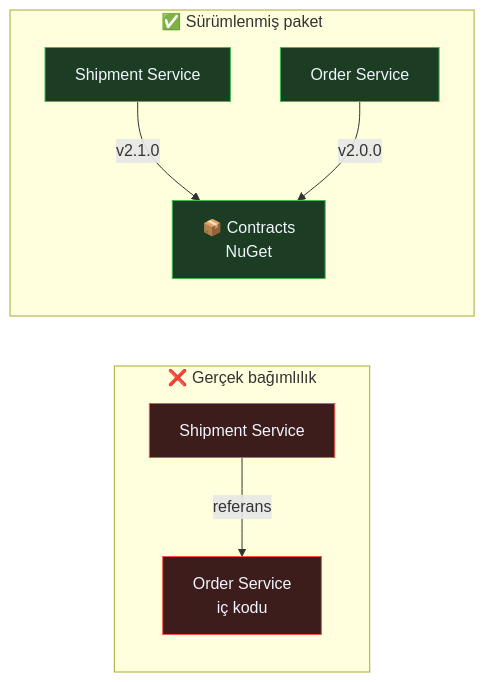
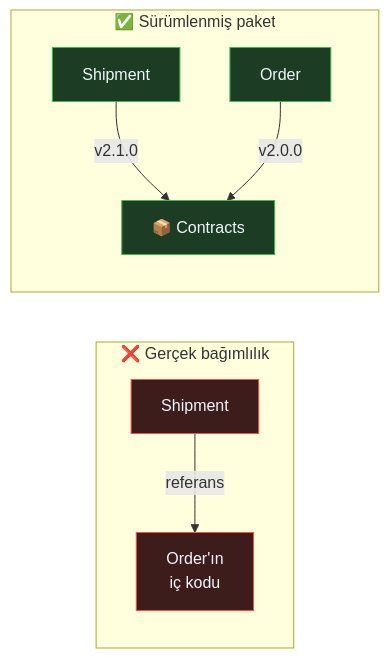
The fourth of 7 diagrams in README.md (erenctns/Logistic-Microservice_Mvp), drawn with Mermaid before and after one commit. The commit also changed other lines of this file, not shown here.

````diff
--- a/README.md
+++ b/README.md
@@ -297,18 +190,15 @@
 ```mermaid
 flowchart LR
     subgraph BAD["❌ Gerçek bağımlılık"]
-        direction TB
-        S1["Shipment Service"] -->|"referans"| O1["Order Service<br/>iç kodu"]
+        S1["Shipment"] -->|"referans"| O1["Order'ın<br/>iç kodu"]
     end
-
     subgraph GOOD["✅ Sürümlenmiş paket"]
-        direction TB
-        S2["Shipment Service"] -->|"v2.1.0"| P["📦 Contracts<br/>NuGet"]
-        O2["Order Service"] -->|"v2.0.0"| P
+        S2["Shipment"] -->|"v2.1.0"| P["📦 Contracts"]
+        O2["Order"] -->|"v2.0.0"| P
     end
 
     classDef bad fill:#3d1c1c,stroke:#f85149,color:#f0f6fc
     classDef good fill:#1c3d24,stroke:#3fb950,color:#f0f6fc
     class S1,O1 bad
     class S2,O2,P good
 ```
````
